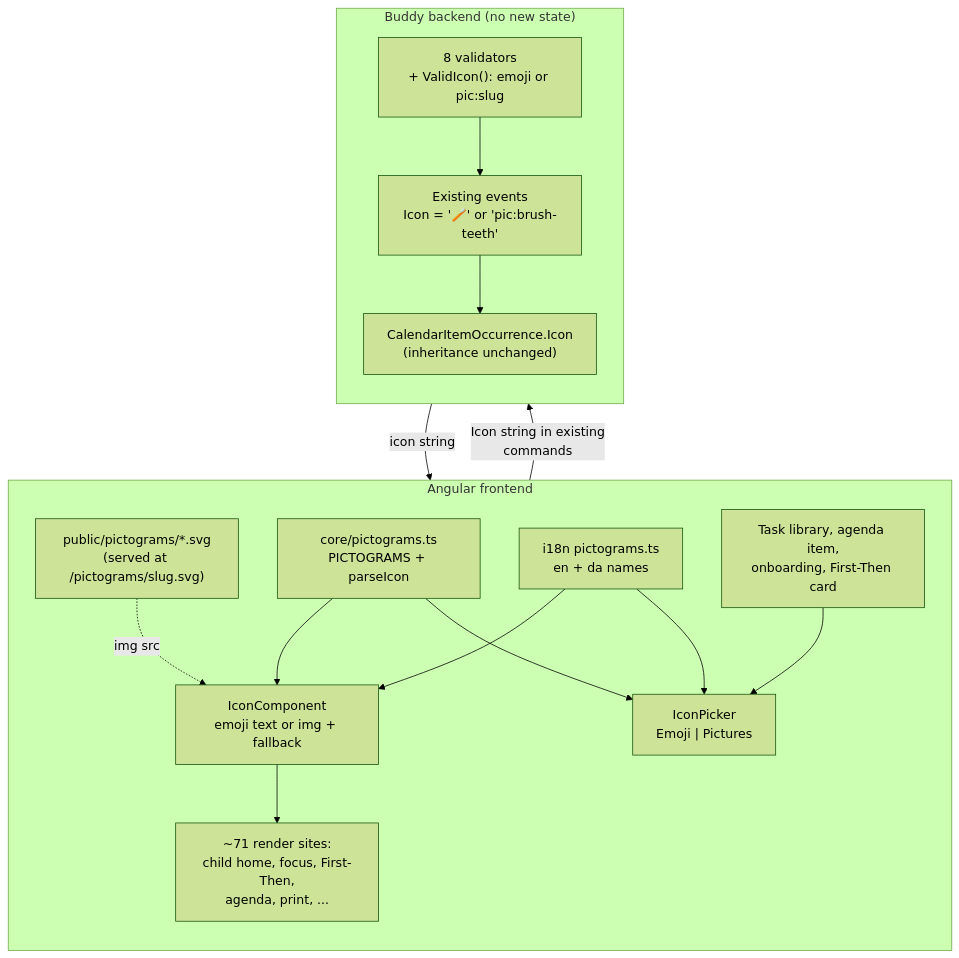
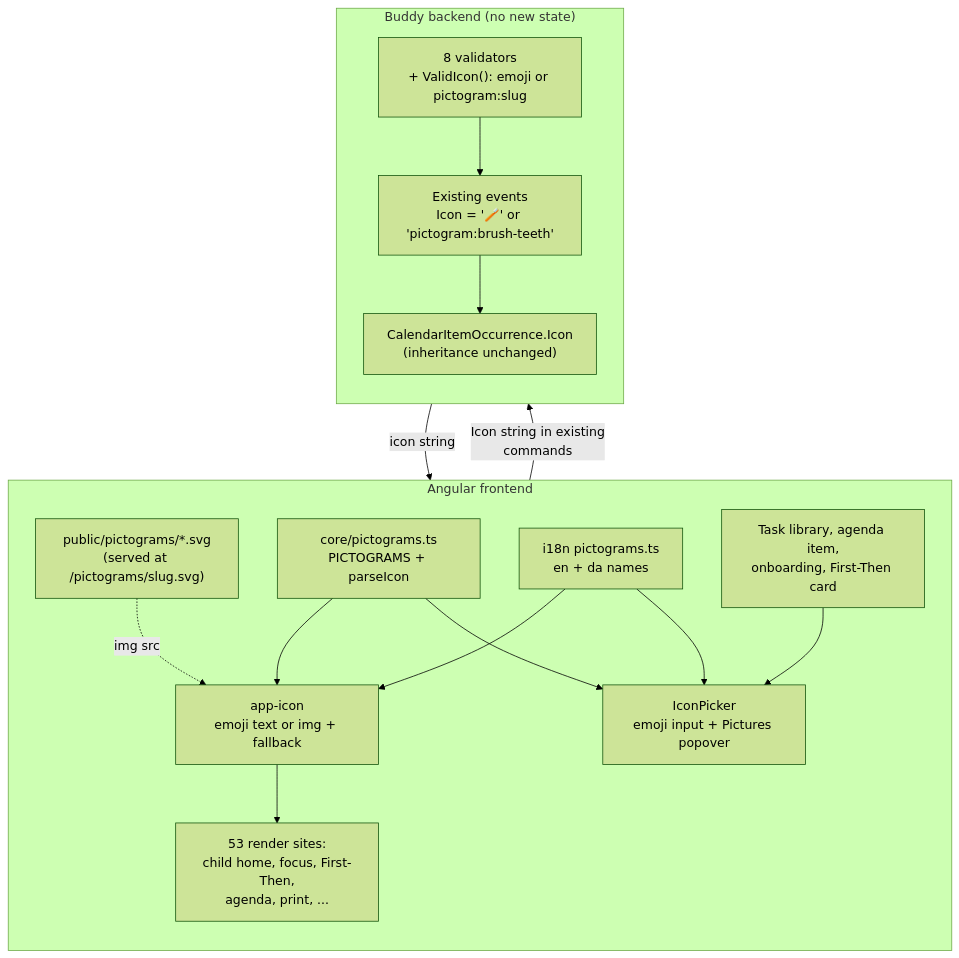
One commit to kimipsen/buddy changed the diagram in docs/frontend/analysis/pictograms.md. Above: the diagram before and after it, drawn with Mermaid (forest theme). The commit also changed other lines of this file and 113 other files, not shown here.

First line of the commit message:
feat(pictograms): let guardians pick pictograms for tasks, routine steps and First-Then cards

````diff
--- a/docs/frontend/analysis/pictograms.md
+++ b/docs/frontend/analysis/pictograms.md
@@ -403,29 +444,29 @@
 ```mermaid
 flowchart TB
     subgraph Frontend["Angular frontend"]
         direction TB
         Files["public/pictograms/*.svg\n(served at /pictograms/slug.svg)"]
         Catalog["core/pictograms.ts\nPICTOGRAMS + parseIcon"]
         Names["i18n pictograms.ts\nen + da names"]
-        Picker["IconPicker\nEmoji | Pictures"]
-        IconC["IconComponent\nemoji text or img + fallback"]
+        Picker["IconPicker\nemoji input + Pictures popover"]
+        IconC["app-icon\nemoji text or img + fallback"]
         Forms["Task library, agenda item,\nonboarding, First-Then card"]
-        Screens["~71 render sites:\nchild home, focus, First-Then,\nagenda, print, ..."]
+        Screens["53 render sites:\nchild home, focus, First-Then,\nagenda, print, ..."]
         Catalog --> Picker
         Names --> Picker
         Catalog --> IconC
         Names --> IconC
         Files -. "img src" .-> IconC
         Forms --> Picker
         IconC --> Screens
     end
     subgraph Backend["Buddy backend (no new state)"]
         direction TB
-        Validators["8 validators\n+ ValidIcon(): emoji or pic:slug"]
-        Events["Existing events\nIcon = '🪥' or 'pic:brush-teeth'"]
+        Validators["8 validators\n+ ValidIcon(): emoji or pictogram:slug"]
+        Events["Existing events\nIcon = '🪥' or 'pictogram:brush-teeth'"]
         Occ["CalendarItemOccurrence.Icon\n(inheritance unchanged)"]
         Validators --> Events --> Occ
     end
     Picker -- "Icon string in existing\ncommands" --> Validators
     Occ -- "icon string" --> IconC
 ```
````
